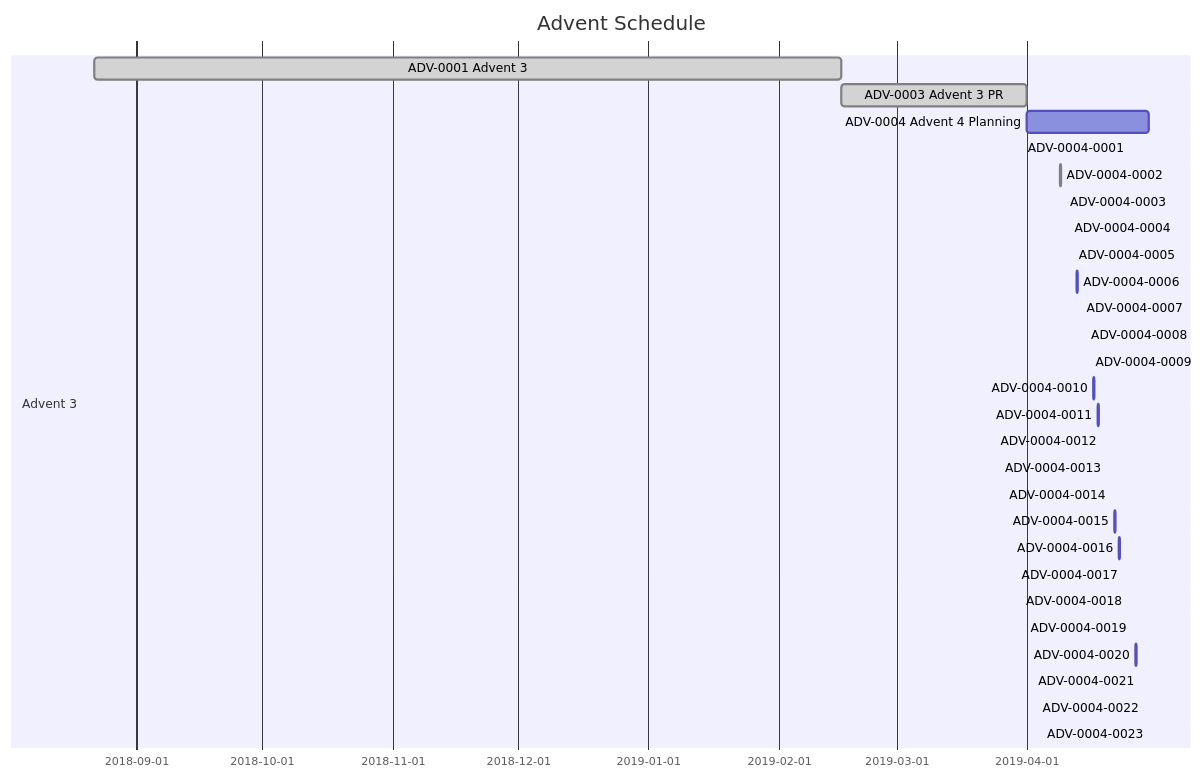
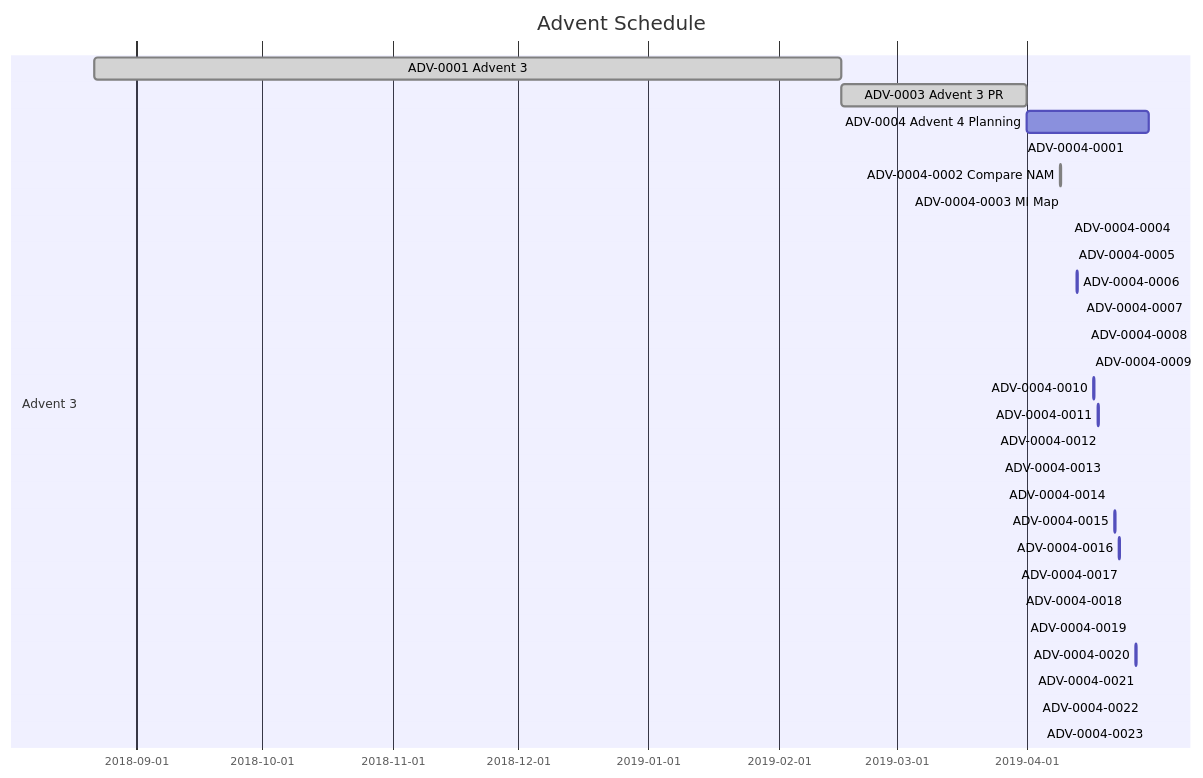
The second of 2 diagrams in README.md (VivaRado/Advent), drawn with Mermaid before and after one commit. The commit also changed other lines of this file and 3 other files, not shown here.

Commit message:
ADV-0004-0003 MI Map

````diff
--- a/README.md
+++ b/README.md
@@ -799,32 +814,32 @@
 ```mermaid
 gantt
         dateFormat  YYYY-MM-DD
         title Advent Schedule
         section Advent 3
         ADV-0001 Advent 3:         done,des1, 2018-08-22,2019-02-16
         ADV-0003 Advent 3 PR:         done,des2, 2019-02-16, 2019-04-01
         ADV-0004 Advent 4 Planning:         des3, after des2, 2019-04-30
         ADV-0004-0001:         done, des4, 2019-03-31, 2h
-        ADV-0004-0002:         done, des5, 2019-04-09, 2h
-        ADV-0004-0003:         des6, 2019-04-10, 2h
+        ADV-0004-0002 Compare NAM:         done, des5, 2019-04-09, 2h
+        ADV-0004-0003 MI Map:         done, des6, 2019-04-10, 2h
         ADV-0004-0004:         des7, 2019-04-11, 2h
         ADV-0004-0005:         des8, 2019-04-12, 2h
         ADV-0004-0006:         des9, 2019-04-13, 2h
         ADV-0004-0007:         des10, 2019-04-14, 2h
         ADV-0004-0008:         des11, 2019-04-15, 2h
         ADV-0004-0009:         des12, 2019-04-16, 2h
         ADV-0004-0010:         des13, 2019-04-17, 2h
         ADV-0004-0011:         des14, 2019-04-18, 2h
         ADV-0004-0012:         des15, 2019-04-19, 2h
         ADV-0004-0013:         des16, 2019-04-20, 2h
         ADV-0004-0014:         des17, 2019-04-21, 2h
         ADV-0004-0015:         des18, 2019-04-22, 2h
         ADV-0004-0016:         des19, 2019-04-23, 2h
         ADV-0004-0017:         des20, 2019-04-24, 2h
         ADV-0004-0018:         des21, 2019-04-25, 2h
         ADV-0004-0019:         des22, 2019-04-26, 2h
         ADV-0004-0020:         des23, 2019-04-27, 2h
         ADV-0004-0021:         des24, 2019-04-28, 2h
         ADV-0004-0022:         des25, 2019-04-29, 2h
         ADV-0004-0023:         des26, 2019-04-30, 2h
 ```
````
